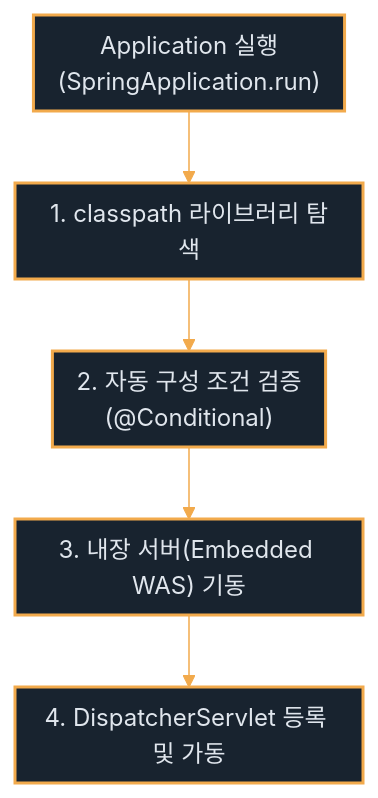
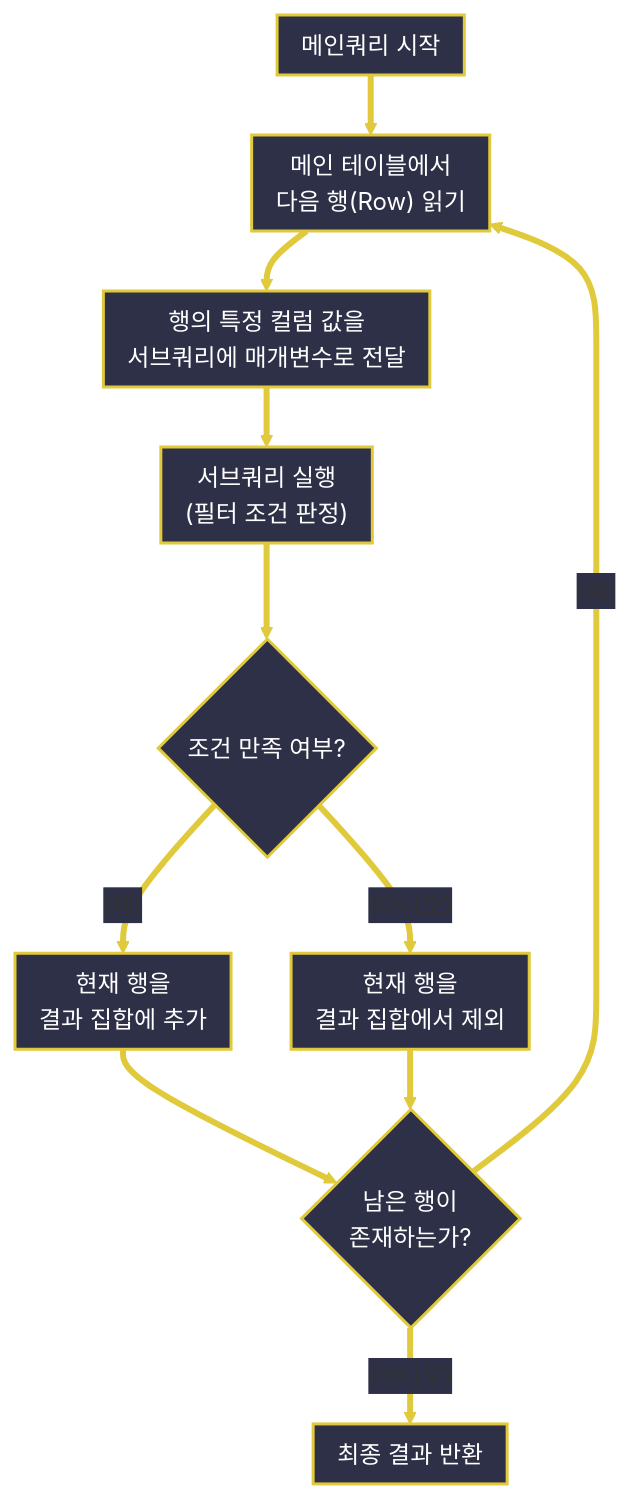
The first of 2 diagrams in slides.md (qus0in/slide-maker), drawn with Mermaid before and after one commit. The commit also changed other lines of this file, not shown here.

````diff
--- a/slides.md
+++ b/slides.md
@@ -224,22 +191,28 @@
 ```mermaid
 ---
 config:
   themeVariables:
-    lineColor: "#F2AA4C"
-    arrowheadColor: "#F2AA4C"
-    edgeLabelBackground: "#101820"
+    lineColor: "#E0CA3C"
+    arrowheadColor: "#E0CA3C"
+    edgeLabelBackground: "#2D3047"
   flowchart:
     padding: 8
-    nodeSpacing: 52
-    rankSpacing: 48
+    nodeSpacing: 40
+    rankSpacing: 40
 ---
 flowchart TD
-  A["Application 실행<br>(SpringApplication.run)"] --> B["1. classpath 라이브러리 탐색"]
-  B --> C["2. 자동 구성 조건 검증<br>(@Conditional)"]
-  C --> D["3. 내장 서버(Embedded WAS) 기동"]
-  D --> E["4. DispatcherServlet 등록 및 가동"]
+  START["메인쿼리 시작"] --> LOOP["메인 테이블에서 <br> 다음 행(Row) 읽기"]
+  LOOP --> EVAL["행의 특정 컬럼 값을 <br> 서브쿼리에 매개변수로 전달"]
+  EVAL --> SUB["서브쿼리 실행 <br> (필터 조건 판정)"]
+  SUB --> COND{"조건 만족 여부?"}
+  COND -->|"(예)"| ADD["현재 행을 <br> 결과 집합에 추가"]
+  COND -->|"(아니오)"| SKIP["현재 행을 <br> 결과 집합에서 제외"]
+  ADD --> NEXT{"남은 행이 <br> 존재하는가?"}
+  SKIP --> NEXT
+  NEXT -->|"(예)"| LOOP
+  NEXT -->|"(아니오)"| END["최종 결과 반환"]
 
-  class A,B,C,D,E step
-  classDef step fill:#18232F,stroke:#F2AA4C,color:#E0E6ED,stroke-width:2px
-  linkStyle default stroke:#F2AA4C,width:4px
+  class START,LOOP,EVAL,SUB,COND,ADD,SKIP,NEXT,END step
+  classDef step fill:#2D3047,stroke:#E0CA3C,color:#FFFFFF,stroke-width:2px
+  linkStyle default stroke:#E0CA3C,stroke-width:4px
 ```
````
